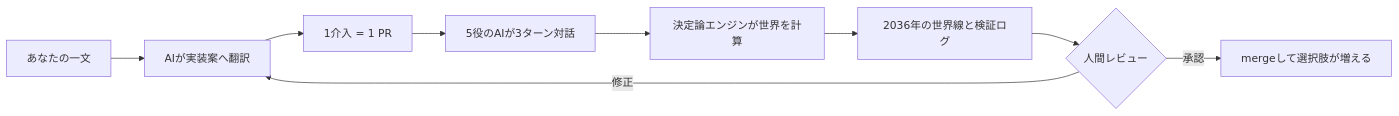
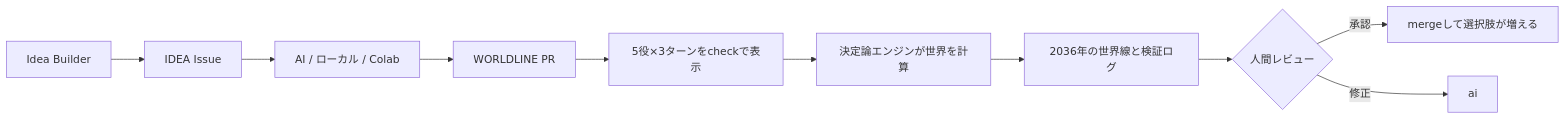
Before and after one commit to nexus-ai-2045/fiction-forks: the first of 2 diagrams in README.md, drawn with Mermaid. The commit also changed other lines of this file and 24 other files, not shown here.

````diff
--- a/README.md
+++ b/README.md
@@ -44,11 +50,12 @@
 ```mermaid
 flowchart LR
-    idea["あなたの一文"] --> ai["AIが実装案へ翻訳"]
-    ai --> pr["1介入 = 1 PR"]
-    pr --> agents["5役のAIが3ターン対話"]
+    idea["Idea Builder"] --> issue["IDEA Issue"]
+    issue --> build["AI / ローカル / Colab"]
+    build --> pr["WORLDLINE PR"]
+    pr --> agents["5役×3ターンをcheckで表示"]
     agents --> engine["決定論エンジンが世界を計算"]
     engine --> result["2036年の世界線と検証ログ"]
     result --> review{"人間レビュー"}
     review -->|承認| merge["mergeして選択肢が増える"]
     review -->|修正| ai
 ```
````
